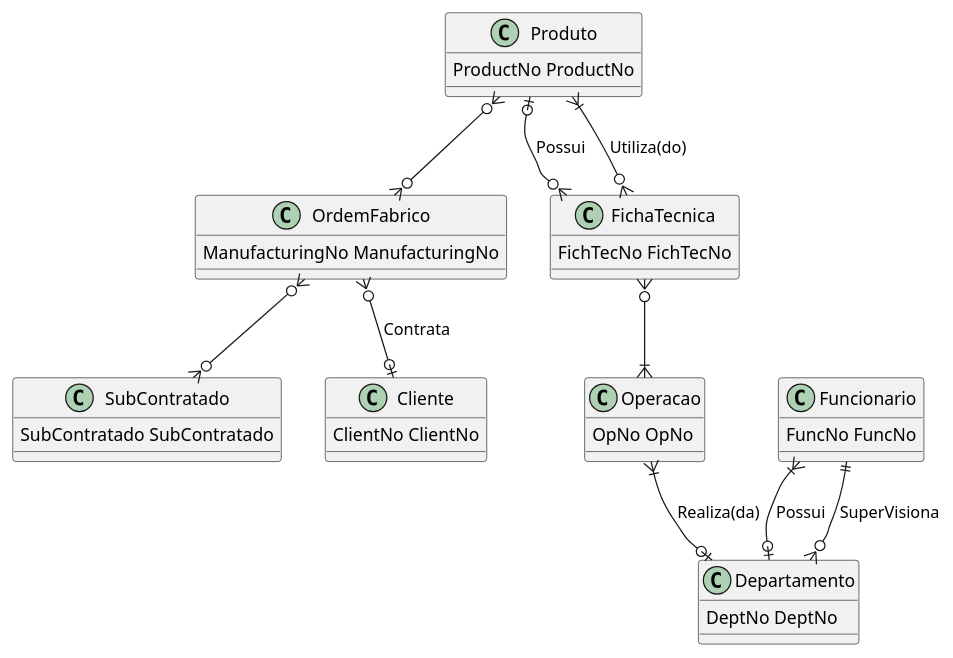
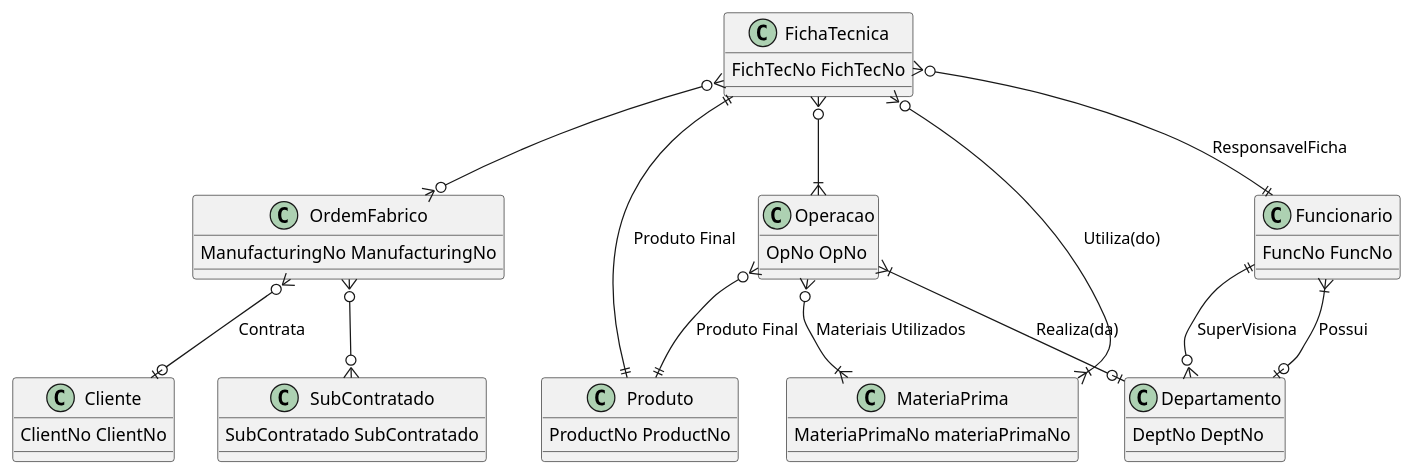
One commit to Arturito2005/TrabalhoBD changed the diagram in TabelaER_PK/TabelaER_pk_v1.plantuml. Above: the diagram before and after it, drawn with PlantUML. The commit also changed 3 other files, not shown here.

```diff
--- a/TabelaER_PK/TabelaER_pk_v1.plantuml
+++ b/TabelaER_PK/TabelaER_pk_v1.plantuml
@@ -1,64 +1,70 @@
 @startuml tableBD
 
 class OrdemFabrico {
     ManufacturingNo ManufacturingNo
 }   
+
+class MateriaPrima{
+    MateriaPrimaNo materiaPrimaNo
+}
 
 class Produto {
     ProductNo ProductNo
 }
 
 class FichaTecnica {
     FichTecNo FichTecNo
 }
 
 class Operacao {
     OpNo OpNo 
 }
 
 class SubContratado {
     SubContratado SubContratado
 }
 
 class Departamento {
     DeptNo DeptNo 
 }
 
 class Funcionario {
     FuncNo FuncNo
 }
 
 class Cliente {
     ClientNo ClientNo
 }
 
 /'
 Relacionamento dos Funcionarios
 '/
 Funcionario }|--o| Departamento: Possui
 Funcionario ||--o{ Departamento: SuperVisiona 
 
 /'
 Relacionamento das Operacoes Interna
 '/
 Operacao }|--o| Departamento: Realiza(da)
+Operacao }o--|{ MateriaPrima: Materiais Utilizados
+Operacao }o--|| Produto: Produto Final
 
 /'
 Relacionamento Ficha Tecnica
 '/
 FichaTecnica }o--|{ Operacao
-FichaTecnica }o--|{ Produto: Utiliza(do)
-
+FichaTecnica }o--|{ MateriaPrima: Utiliza(do)
+FichaTecnica }o--o{ OrdemFabrico
+FichaTecnica }o--|| Funcionario: ResponsavelFicha
 /'
 Relacionamentos do Produto
 '/
-Produto |o--o{ FichaTecnica: Possui
-Produto }o--o{ OrdemFabrico
+Produto ||--|| FichaTecnica: Produto Final
 
 /'
 Relacionamento Ordem Fabrico
 '/
 OrdemFabrico }o--o| Cliente: Contrata
 OrdemFabrico }o--o{ SubContratado
 
 @enduml
```
